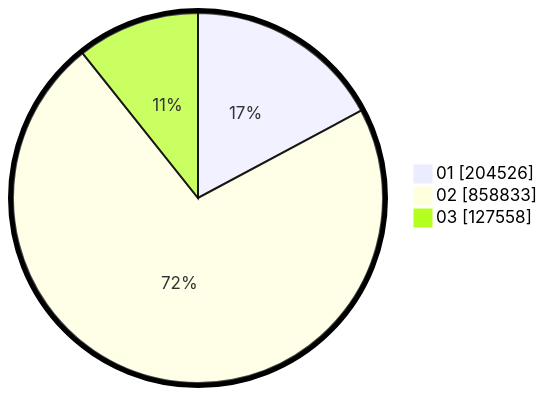
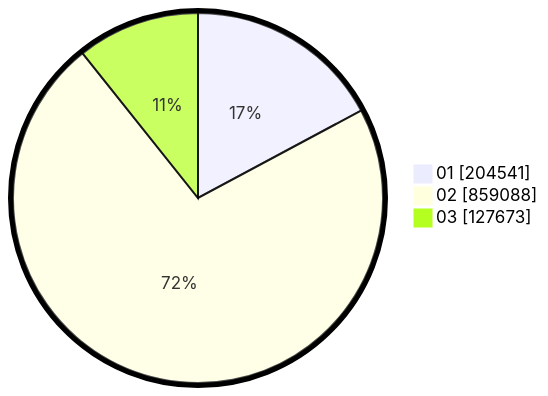
The second of 2 diagrams in pilpres/hitung-suara/sub/table-wilayah-62.md (gigit-pemilu/pemilu-2024), drawn with Mermaid before and after one commit. The commit also changed other lines of this file and 9 other files, not shown here.

````diff
--- a/pilpres/hitung-suara/sub/table-wilayah-62.md
+++ b/pilpres/hitung-suara/sub/table-wilayah-62.md
@@ -15,7 +15,7 @@
 ```mermaid
 %%{init: {"pie": {"textPosition": 0.5}, "themeVariables": {"pieOuterStrokeWidth": "5px"}} }%%
 pie showData
-    "01" : 204526
-    "02" : 858833
-    "03" : 127558
+    "01" : 204541
+    "02" : 859088
+    "03" : 127673
 ```
````
